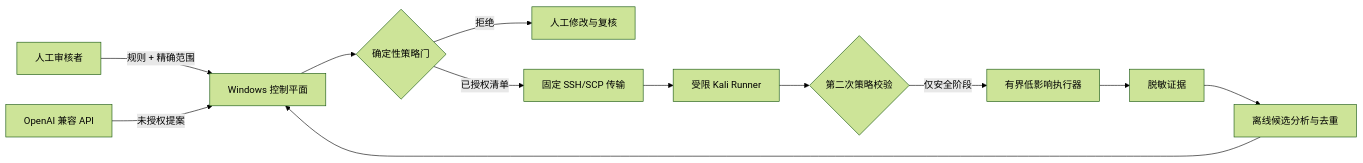
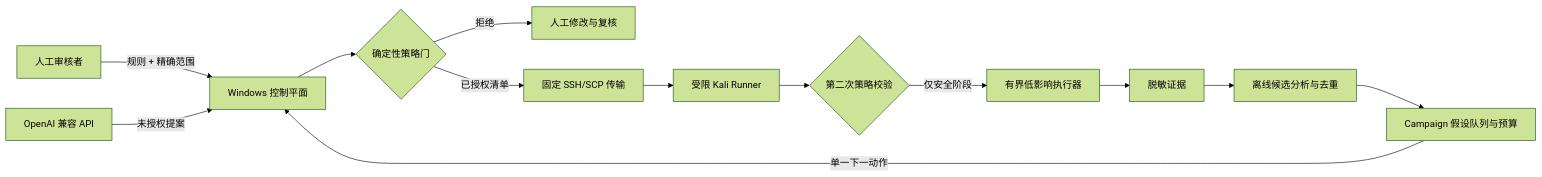
The diagram in README.md (C-8H11N/aegis-scope), drawn with Mermaid (forest theme) before and after one commit. The commit also changed other lines of this file and 23 other files, not shown here.

````diff
--- a/README.md
+++ b/README.md
@@ -92,14 +94,15 @@
 ```mermaid
 flowchart LR
     U["人工审核者"] -->|"规则 + 精确范围"| W["Windows 控制平面"]
     M["OpenAI 兼容 API"] -->|"未授权提案"| W
     W --> P{"确定性策略门"}
     P -->|"拒绝"| R["人工修改与复核"]
     P -->|"已授权清单"| T["固定 SSH/SCP 传输"]
     T --> K["受限 Kali Runner"]
     K --> P2{"第二次策略校验"}
     P2 -->|"仅安全阶段"| E["有界低影响执行器"]
     E --> D["脱敏证据"]
     D --> A["离线候选分析与去重"]
-    A --> W
+    A --> C["Campaign 假设队列与预算"]
+    C -->|"单一下一动作"| W
 ```
````
